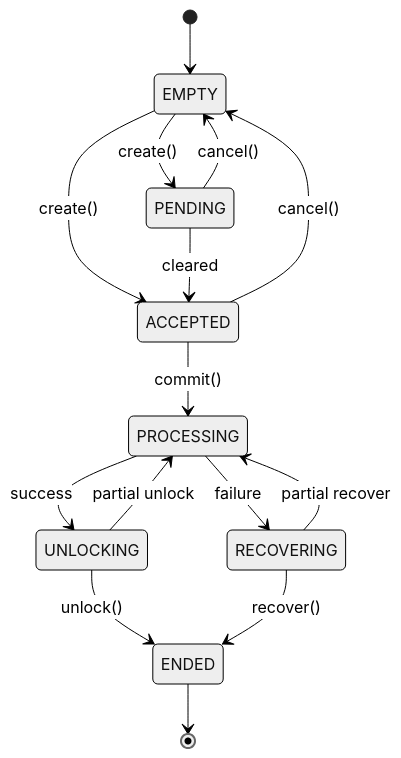
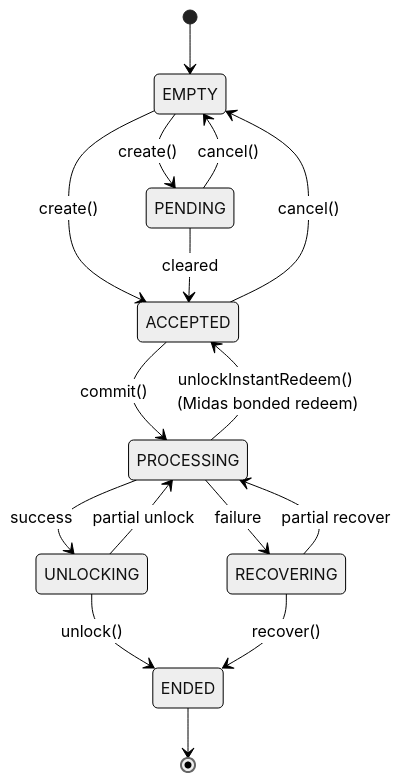
The sixth of 11 diagrams in README.md (3FLabs/grunt), drawn with Mermaid (neutral theme) before and after one commit. The commit also changed other lines of this file, not shown here.

First line of the commit message:
docs: update MidasFund operator runbook for the bond flow

````diff
--- a/README.md
+++ b/README.md
@@ -506,17 +506,18 @@
 ```mermaid
 stateDiagram-v2
     [*] --> EMPTY
     EMPTY --> ACCEPTED: create()
     EMPTY --> PENDING: create()
     PENDING --> ACCEPTED: cleared
     ACCEPTED --> EMPTY: cancel()
     PENDING --> EMPTY: cancel()
     ACCEPTED --> PROCESSING: commit()
+    PROCESSING --> ACCEPTED: unlockInstantRedeem() (Midas bonded redeem)
     PROCESSING --> UNLOCKING: success
     PROCESSING --> RECOVERING: failure
     UNLOCKING --> PROCESSING: partial unlock
     RECOVERING --> PROCESSING: partial recover
     UNLOCKING --> ENDED: unlock()
     RECOVERING --> ENDED: recover()
     ENDED --> [*]
 ```
````
